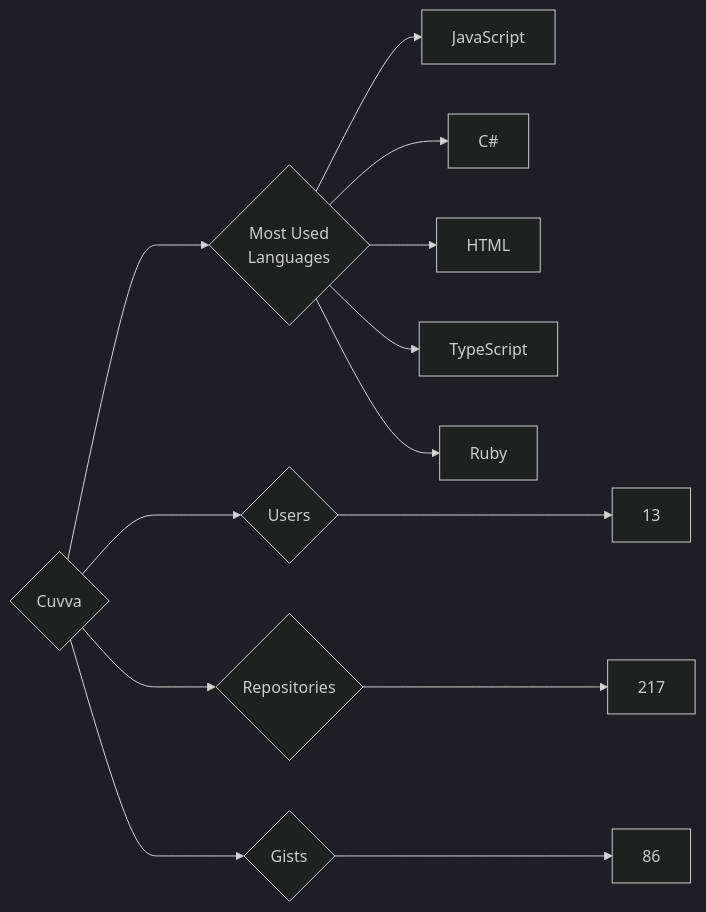
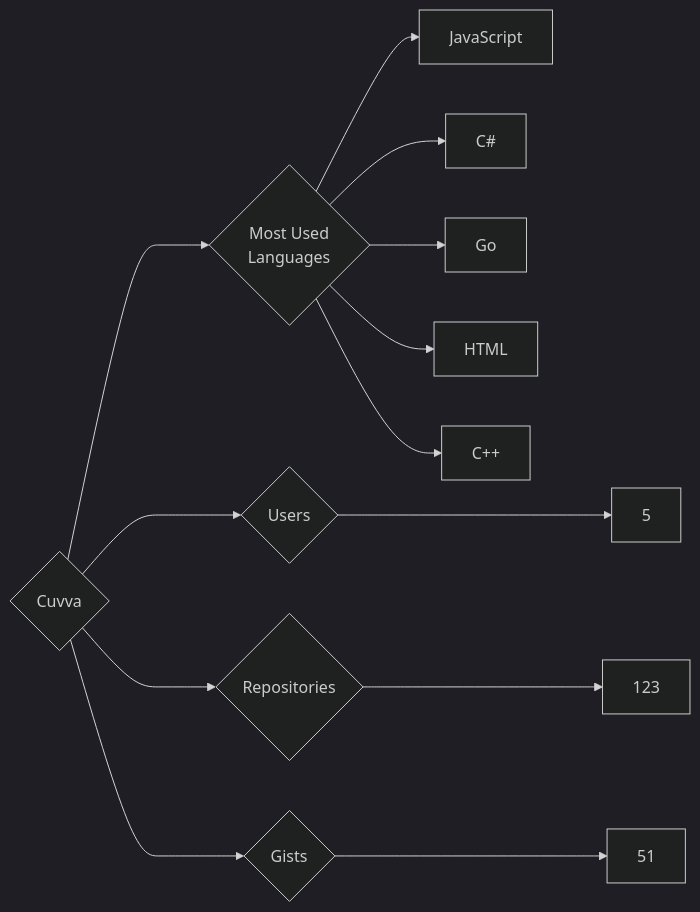
The diagram in targets/Cuvva/README.md (trickest/insiders), drawn with Mermaid (dark theme) before and after one commit. The commit also changed 1084 other files, not shown here.

````diff
--- a/targets/Cuvva/README.md
+++ b/targets/Cuvva/README.md
@@ -3,13 +3,13 @@
 ```mermaid
 graph LR
 COMPANY_NAME{Cuvva}
-COMPANY_NAME ---> U{Users} ---> UN[13]
-COMPANY_NAME ---> R{Repositories} ---> RN[217]
-COMPANY_NAME ---> G{Gists} ---> GN[86]
+COMPANY_NAME ---> U{Users} ---> UN[5]
+COMPANY_NAME ---> R{Repositories} ---> RN[123]
+COMPANY_NAME ---> G{Gists} ---> GN[51]
 COMPANY_NAME ---> ML{Most Used<br>Languages}
 ML --> JavaScript[JavaScript]
 ML --> C#[C#]
+ML --> Go[Go]
 ML --> HTML[HTML]
-ML --> TypeScript[TypeScript]
-ML --> Ruby[Ruby]
+ML --> C++[C++]
 ```
````
